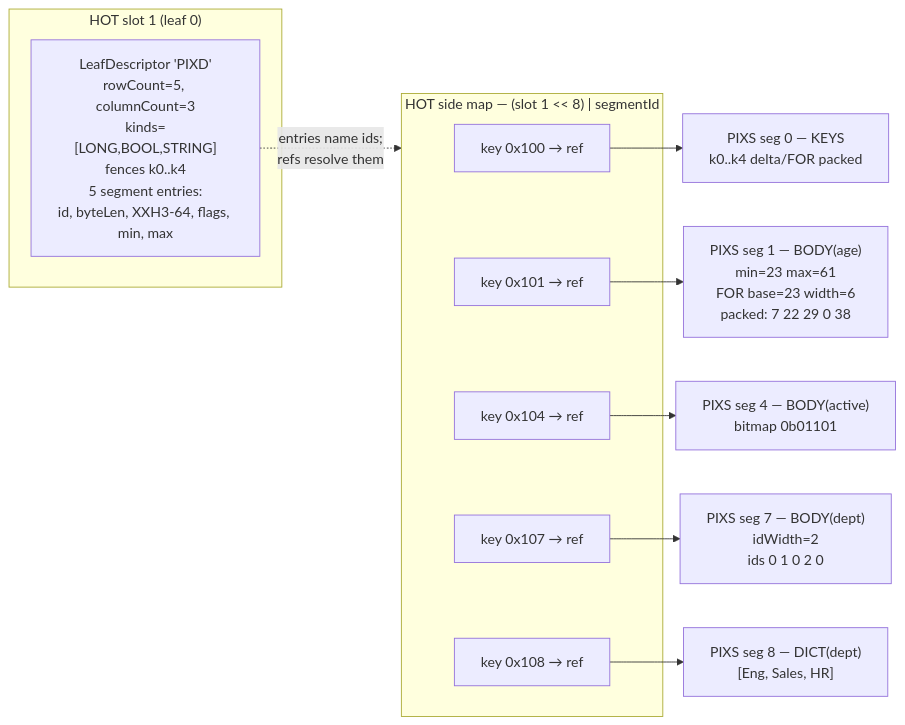
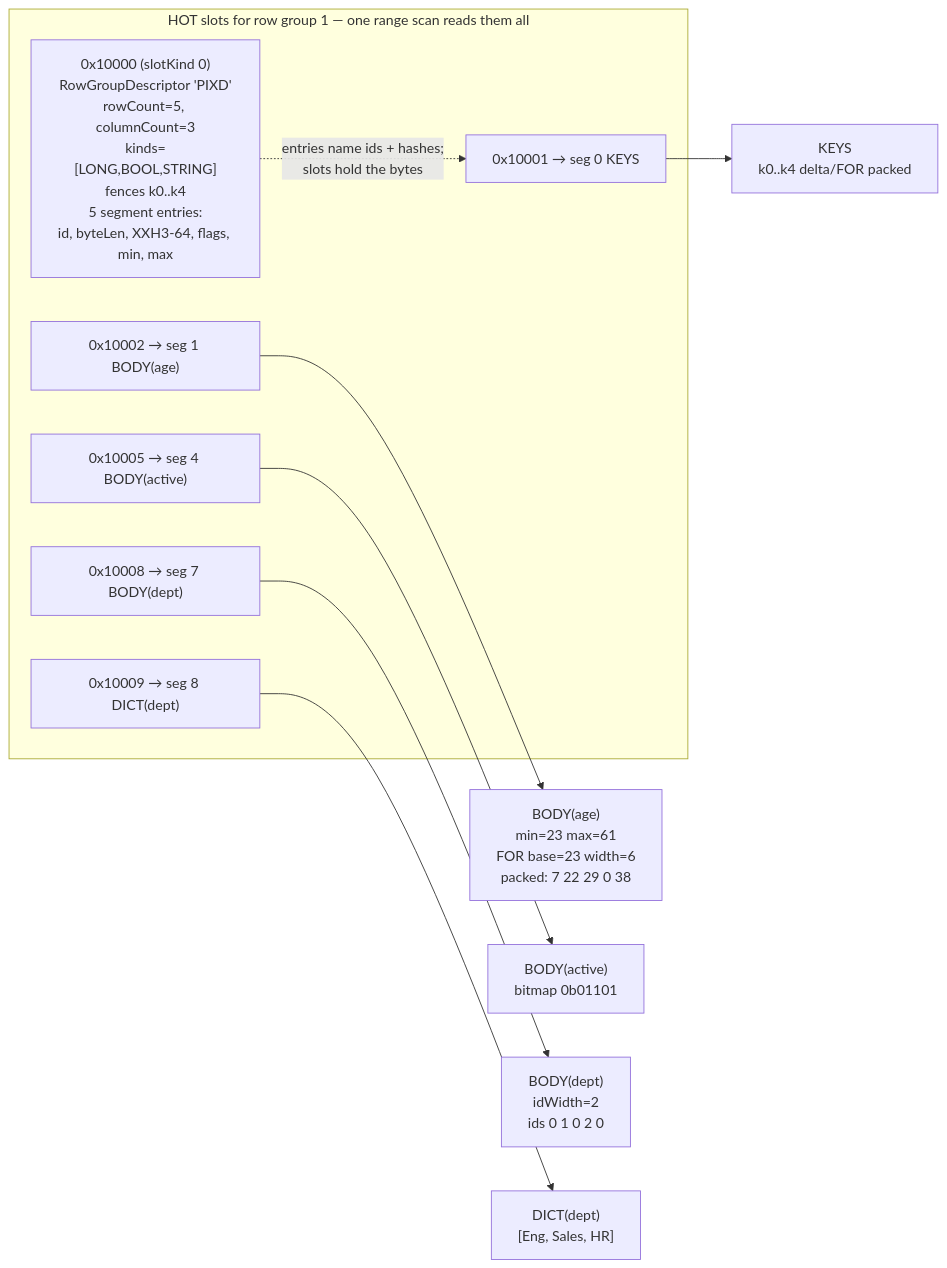
The fourth of 16 diagrams in docs/PROJECTION_INDEX_DEEP_DIVE.md (sirixdb/sirix), drawn with Mermaid before and after one commit. The commit also changed other lines of this file and 6 other files, not shown here.

````diff
--- a/docs/PROJECTION_INDEX_DEEP_DIVE.md
+++ b/docs/PROJECTION_INDEX_DEEP_DIVE.md
@@ -270,19 +302,17 @@
 ```mermaid
 flowchart LR
-    subgraph slot["HOT slot 1 (leaf 0)"]
-        PIXD["LeafDescriptor 'PIXD'<br/>rowCount=5, columnCount=3<br/>kinds=[LONG,BOOL,STRING]<br/>fences k0..k4<br/>5 segment entries:<br/>id, byteLen, XXH3-64, flags, min, max"]
+    subgraph slots["HOT slots for row group 1 — one range scan reads them all"]
+        PIXD["0x10000 (slotKind 0)<br/>RowGroupDescriptor 'PIXD'<br/>rowCount=5, columnCount=3<br/>kinds=[LONG,BOOL,STRING]<br/>fences k0..k4<br/>5 segment entries:<br/>id, byteLen, XXH3-64, flags, min, max"]
+        E0["0x10001 → seg 0 KEYS"]
+        E1["0x10002 → seg 1 BODY(age)"]
+        E4["0x10005 → seg 4 BODY(active)"]
+        E7["0x10008 → seg 7 BODY(dept)"]
+        E8["0x10009 → seg 8 DICT(dept)"]
     end
-    subgraph sidemap["HOT side map — (slot 1 << 8) | segmentId"]
-        E0["key 0x100 → ref"]
-        E1["key 0x101 → ref"]
-        E4["key 0x104 → ref"]
-        E7["key 0x107 → ref"]
-        E8["key 0x108 → ref"]
-    end
-    PIXD -.->|"entries name ids;<br/>refs resolve them"| sidemap
-    E0 --> S0["PIXS seg 0 — KEYS<br/>k0..k4 delta/FOR packed"]
-    E1 --> S1["PIXS seg 1 — BODY(age)<br/>min=23 max=61<br/>FOR base=23 width=6<br/>packed: 7 22 29 0 38"]
-    E4 --> S4["PIXS seg 4 — BODY(active)<br/>bitmap 0b01101"]
-    E7 --> S7["PIXS seg 7 — BODY(dept)<br/>idWidth=2<br/>ids 0 1 0 2 0"]
-    E8 --> S8["PIXS seg 8 — DICT(dept)<br/>[Eng, Sales, HR]"]
+    PIXD -.->|"entries name ids + hashes;<br/>slots hold the bytes"| E0
+    E0 --> S0["KEYS<br/>k0..k4 delta/FOR packed"]
+    E1 --> S1["BODY(age)<br/>min=23 max=61<br/>FOR base=23 width=6<br/>packed: 7 22 29 0 38"]
+    E4 --> S4["BODY(active)<br/>bitmap 0b01101"]
+    E7 --> S7["BODY(dept)<br/>idWidth=2<br/>ids 0 1 0 2 0"]
+    E8 --> S8["DICT(dept)<br/>[Eng, Sales, HR]"]
 ```
````
